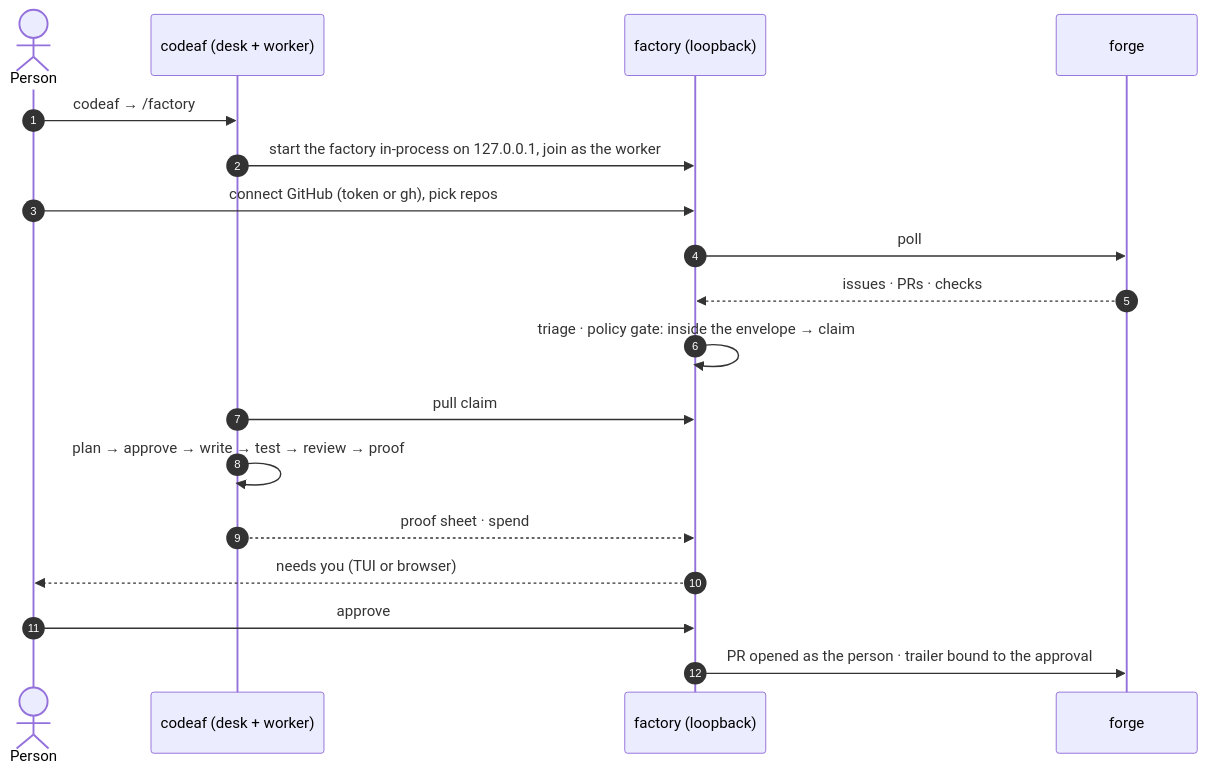
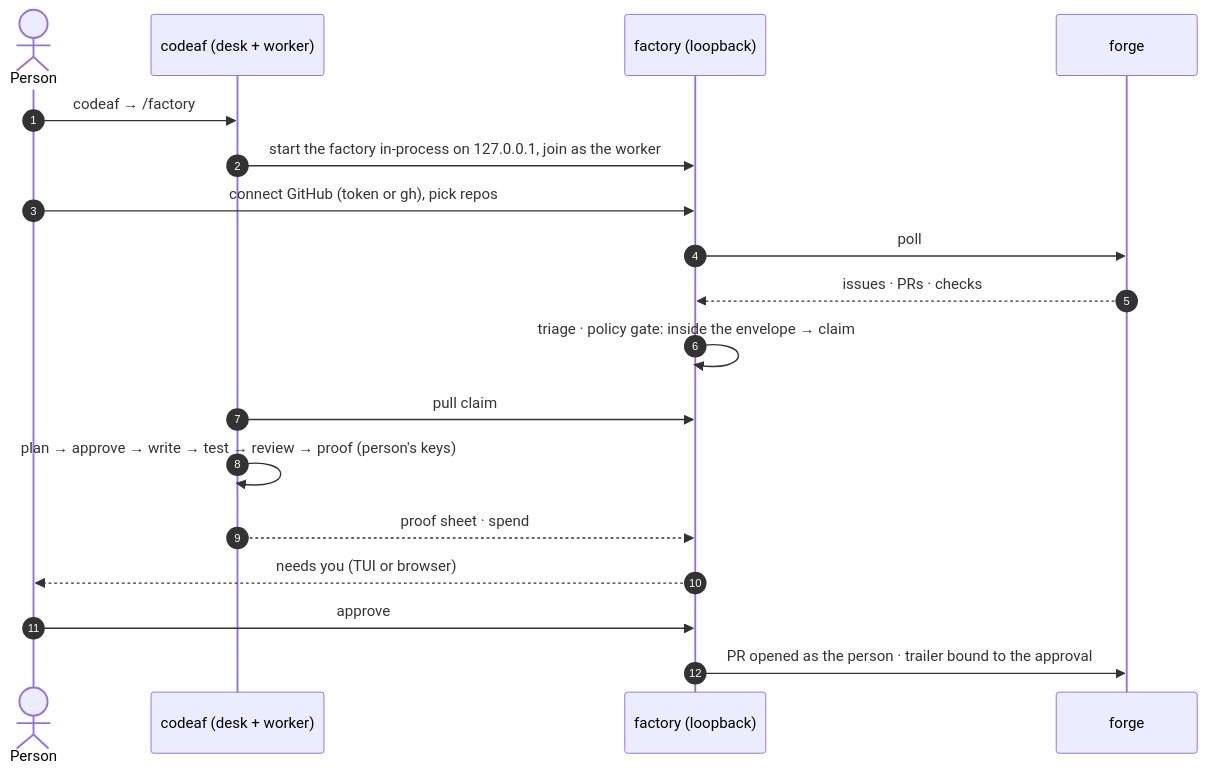
Before and after one commit to 0xMrMasry/CodeAF: the second of 3 diagrams in docs/design/factory/PRODUCT.md, drawn with Mermaid. The commit also changed other lines of this file, not shown here.

````diff
--- a/docs/design/factory/PRODUCT.md
+++ b/docs/design/factory/PRODUCT.md
@@ -182,20 +218,20 @@
 ```mermaid
 sequenceDiagram
     autonumber
     actor P as Person
     participant C as codeaf (desk + worker)
     participant F as factory (loopback)
     participant G as forge
     P->>C: codeaf → /factory
     C->>F: start the factory in-process on 127.0.0.1, join as the worker
     P->>F: connect GitHub (token or gh), pick repos
     F->>G: poll
     G-->>F: issues · PRs · checks
     F->>F: triage · policy gate: inside the envelope → claim
     C->>F: pull claim
-    C->>C: plan → approve → write → test → review → proof
+    C->>C: plan → approve → write → test → review → proof (person's keys)
     C-->>F: proof sheet · spend
     F-->>P: needs you (TUI or browser)
     P->>F: approve
     F->>G: PR opened as the person · trailer bound to the approval
 ```
````
